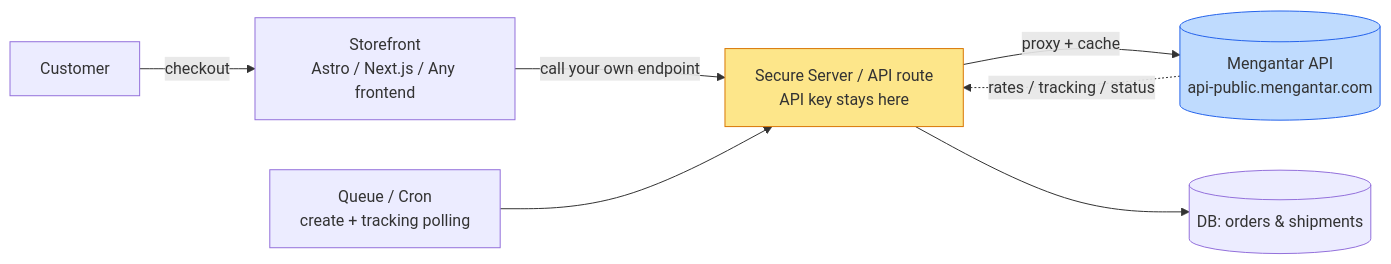
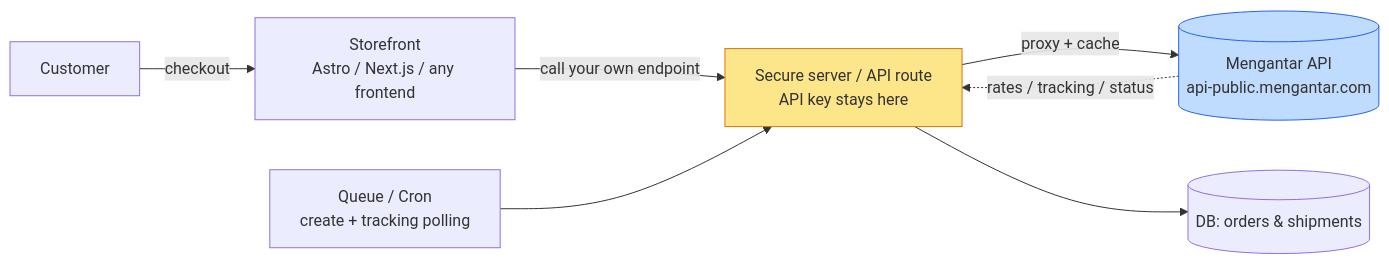
Before and after one commit to ongkipro/mengantar-documentation: the first of 2 diagrams in README.md, drawn with Mermaid. The commit also changed other lines of this file, not shown here.

Commit message:
docs(readme): fix mermaid line-breaks, add TOC + TypeScript client quick start

````diff
--- a/README.md
+++ b/README.md
@@ -39,12 +41,12 @@
 ```mermaid
 flowchart LR
-    U[Customer] -->|checkout| FE[Storefront\nAstro / Next.js / Any frontend]
-    FE -->|call your own endpoint| SRV[Secure Server / API route\nAPI key stays here]
-    SRV -->|proxy + cache| MGT[(Mengantar API\napi-public.mengantar.com)]
-    SRV --> DB[(DB: orders & shipments)]
-    JOB[Queue / Cron\ncreate + tracking polling] --> SRV
+    U["Customer"] -->|checkout| FE["Storefront<br/>Astro / Next.js / any frontend"]
+    FE -->|call your own endpoint| SRV["Secure server / API route<br/>API key stays here"]
+    SRV -->|proxy + cache| MGT[("Mengantar API<br/>api-public.mengantar.com")]
+    SRV --> DB[("DB: orders & shipments")]
+    JOB["Queue / Cron<br/>create + tracking polling"] --> SRV
 
     MGT -.->|rates / tracking / status| SRV
     style SRV fill:#fde68a,stroke:#d97706
     style MGT fill:#bfdbfe,stroke:#2563eb
 ```
````
